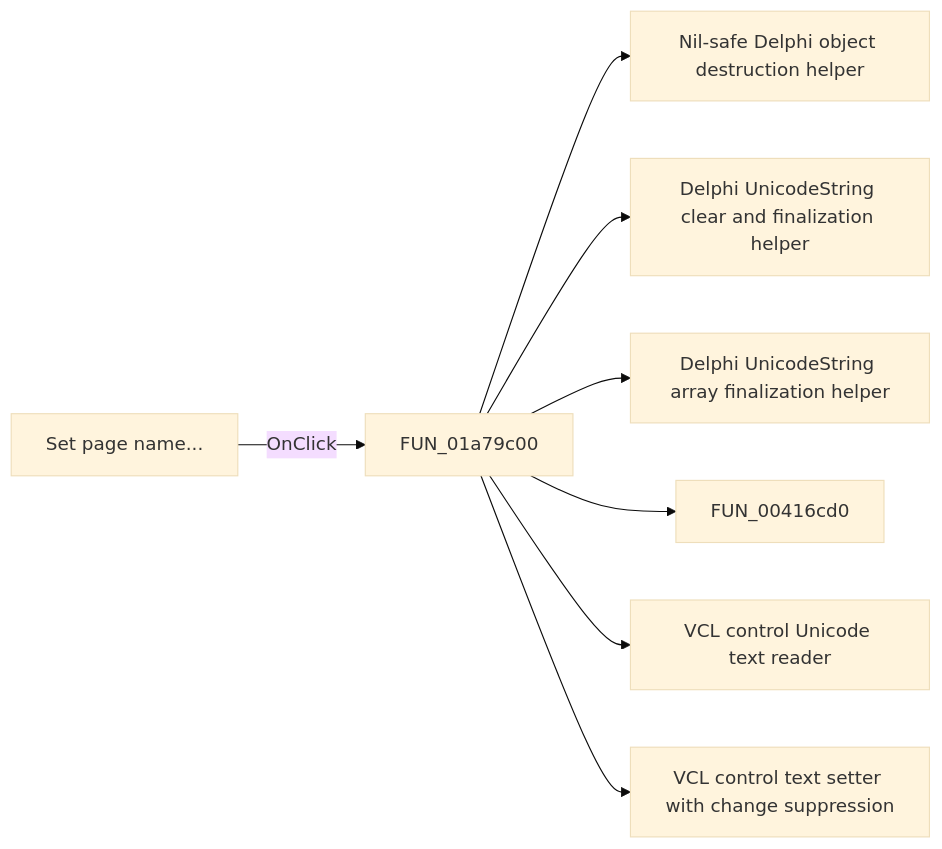
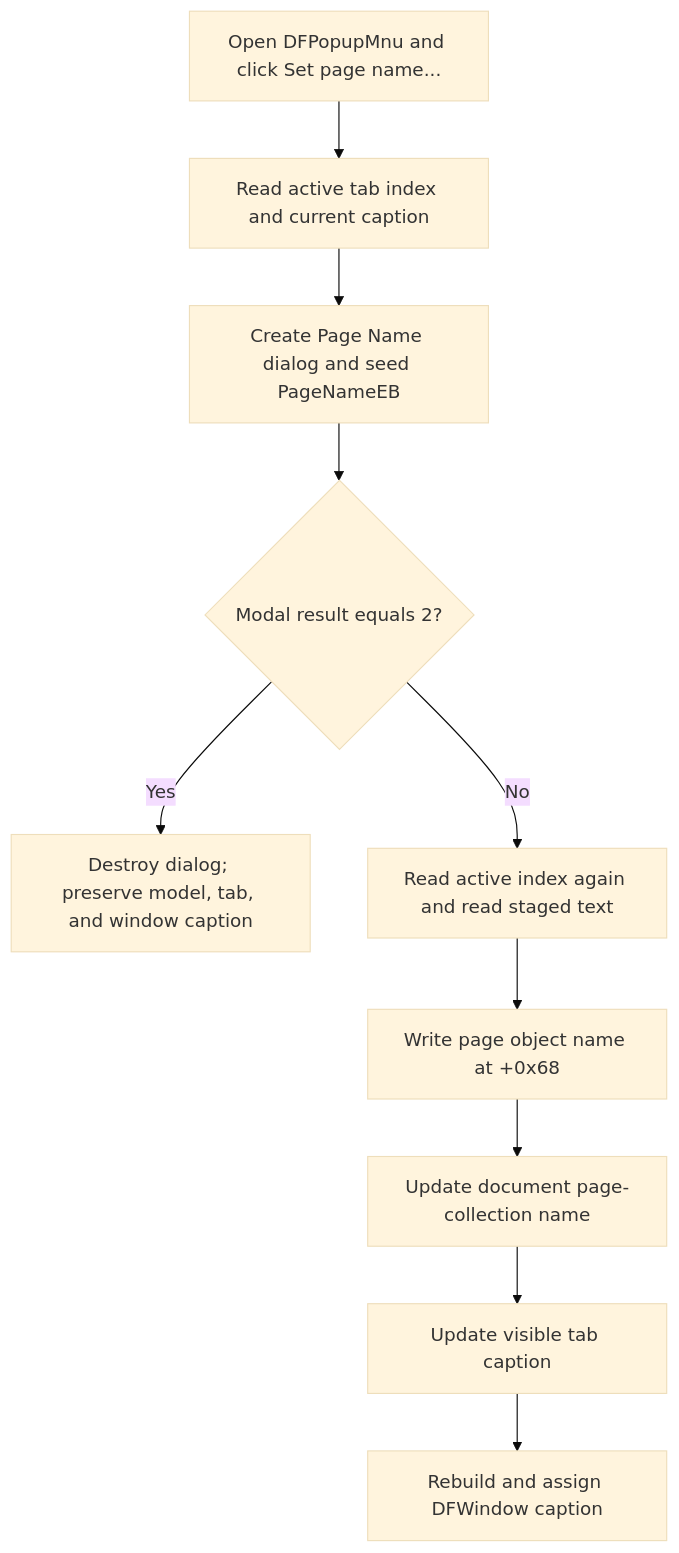
One commit to MovGP0/TIARA changed the diagram in docs/ui-controls/dfwindow/setpagename1-d6f09d565a.md. Above: the diagram before and after it, drawn with Mermaid (base theme). The commit also changed other lines of this file and 680 other files, not shown here.

````diff
--- a/docs/ui-controls/dfwindow/setpagename1-d6f09d565a.md
+++ b/docs/ui-controls/dfwindow/setpagename1-d6f09d565a.md
@@ -27,10 +73,12 @@
 ```mermaid
-flowchart LR
-    control["Set page name..."] -->|OnClick| handler["FUN_01a79c00"]
-    handler --> call1["Nil-safe Delphi object destruction helper"]
-    handler --> call2["Delphi UnicodeString clear and finalization helper"]
-    handler --> call3["Delphi UnicodeString array finalization helper"]
-    handler --> call4["FUN_00416cd0"]
-    handler --> call5["VCL control Unicode text reader"]
-    handler --> call6["VCL control text setter with change suppression"]
+flowchart TD
+    Popup["Open DFPopupMnu and click Set page name..."] --> Active["Read active tab index and current caption"]
+    Active --> Seed["Create Page Name dialog and seed PageNameEB"]
+    Seed --> Result{"Modal result equals 2?"}
+    Result -->|Yes| Cancel["Destroy dialog; preserve model, tab, and window caption"]
+    Result -->|No| Read["Read active index again and read staged text"]
+    Read --> Model["Write page object name at +0x68"]
+    Model --> Collection["Update document page-collection name"]
+    Collection --> Tab["Update visible tab caption"]
+    Tab --> Window["Rebuild and assign DFWindow caption"]
 ```
````
